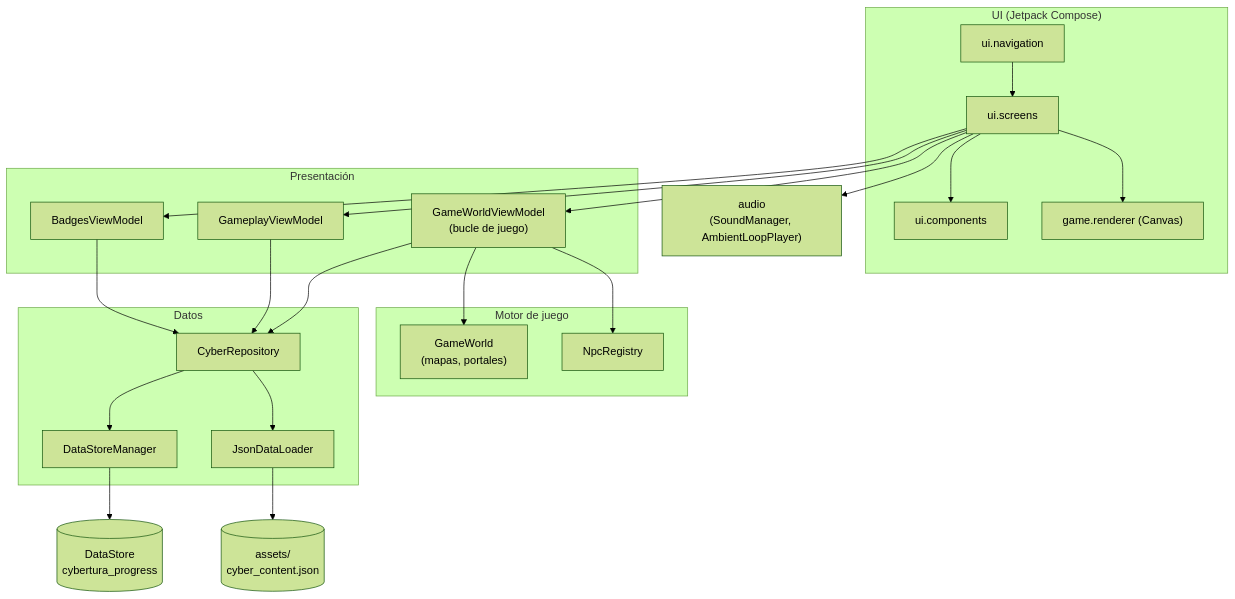
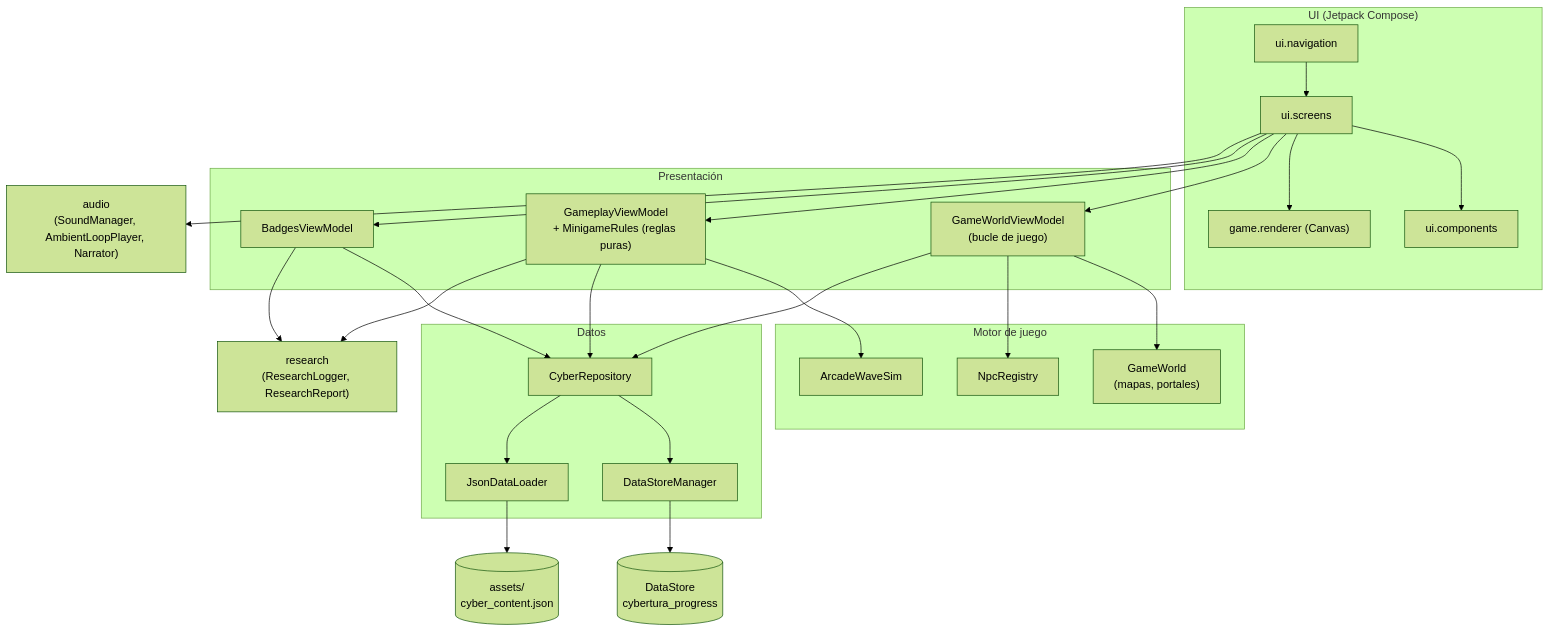
The first of 2 diagrams in README.md (byckyka/cybertura), drawn with Mermaid (forest theme) before and after one commit. The commit also changed other lines of this file and 1 other file, not shown here.

````diff
--- a/README.md
+++ b/README.md
@@ -77,33 +81,37 @@
 ```mermaid
 flowchart TB
     subgraph UI["UI (Jetpack Compose)"]
         SCR["ui.screens"]
         CMP["ui.components"]
         NAV["ui.navigation"]
         REN["game.renderer (Canvas)"]
     end
     subgraph VM["Presentación"]
         GWVM["GameWorldViewModel<br/>(bucle de juego)"]
-        GPVM["GameplayViewModel"]
+        GPVM["GameplayViewModel<br/>+ MinigameRules (reglas puras)"]
         BVM["BadgesViewModel"]
     end
     subgraph ENG["Motor de juego"]
         GW["GameWorld<br/>(mapas, portales)"]
         NPC["NpcRegistry"]
+        ARC["ArcadeWaveSim"]
     end
     subgraph DATA["Datos"]
         REPO["CyberRepository"]
         DS["DataStoreManager"]
         JL["JsonDataLoader"]
     end
-    AUD["audio<br/>(SoundManager, AmbientLoopPlayer)"]
+    AUD["audio<br/>(SoundManager, AmbientLoopPlayer, Narrator)"]
+    RES["research<br/>(ResearchLogger, ResearchReport)"]
 
     NAV --> SCR
     SCR --> CMP & REN
     SCR --> GWVM & GPVM & BVM
     GWVM --> GW & NPC
+    GPVM --> ARC
     GWVM & GPVM & BVM --> REPO
+    GPVM & BVM --> RES
     SCR --> AUD
     REPO --> DS --> STORE[("DataStore<br/>cybertura_progress")]
     REPO --> JL --> JSON[("assets/<br/>cyber_content.json")]
 ```
````
